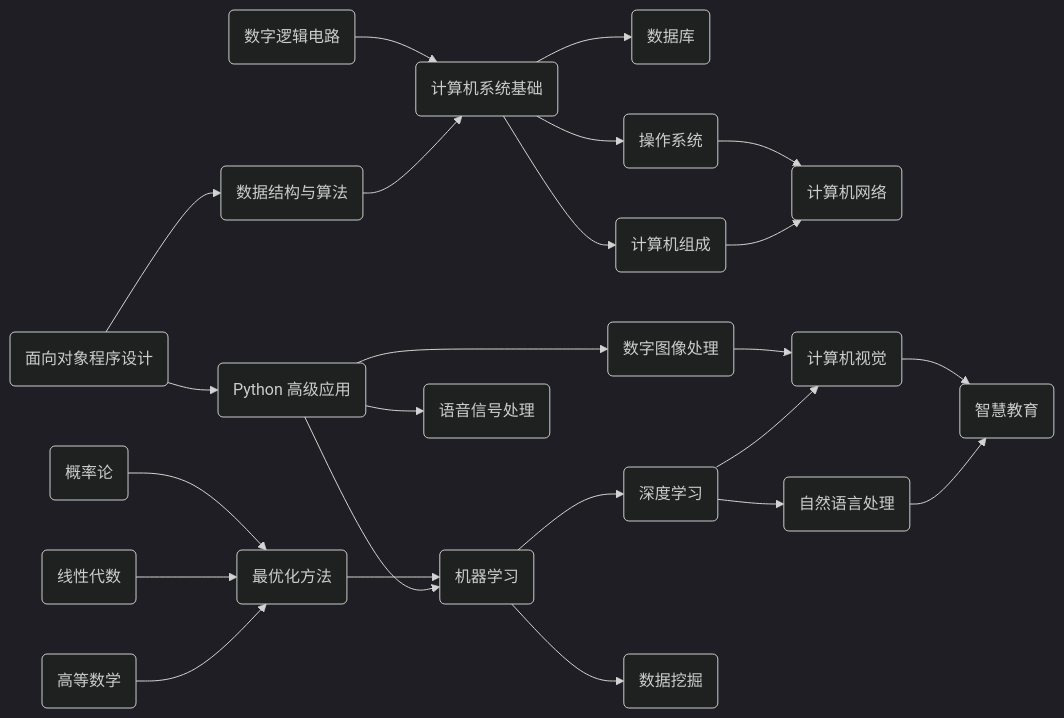
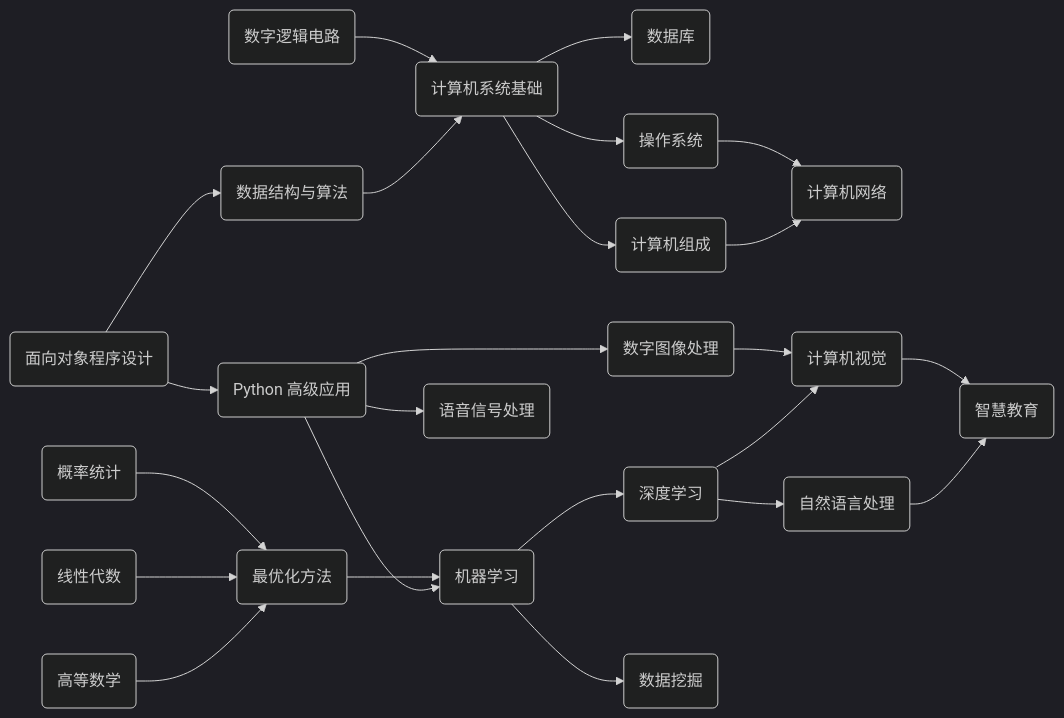
One commit to Explorer-Dong/explorer-dong.github.io changed the first of 2 diagrams in README.md. Above: the diagram before and after it, drawn with Mermaid (dark theme). The commit also changed 2 other files, not shown here.

Commit message:
upd: probability

````diff
--- a/README.md
+++ b/README.md
@@ -16,37 +16,37 @@
 ```mermaid
 flowchart LR
     面向对象程序设计(面向对象程序设计)
     数据结构与算法(数据结构与算法)
     数字逻辑电路(数字逻辑电路)
     计算机系统基础(计算机系统基础)
     数据库(数据库)
     操作系统(操作系统)
     计算机组成(计算机组成)
     计算机网络(计算机网络)
 
     面向对象程序设计 --> 数据结构与算法 --> 计算机系统基础
     数字逻辑电路 --> 计算机系统基础 --> 数据库 & 操作系统 & 计算机组成
     计算机组成 & 操作系统 --> 计算机网络
 
     Python高级应用(Python 高级应用)
     数字图像处理(数字图像处理)
     机器学习(机器学习)
     深度学习(深度学习)
     数据挖掘(数据挖掘)
     自然语言处理(自然语言处理)
     计算机视觉(计算机视觉)
     语音信号处理(语音信号处理)
     智慧教育(智慧教育)
 
     Python高级应用 --> 数字图像处理 & 语音信号处理 & 机器学习
     机器学习 --> 数据挖掘 & 深度学习
     深度学习 --> 自然语言处理 & 计算机视觉 --> 智慧教育
     数字图像处理 --> 计算机视觉
 
     高等数学(高等数学)
     线性代数(线性代数)
-    概率论(概率论)
+    概率统计(概率统计)
     最优化方法(最优化方法)
-    高等数学 & 线性代数 & 概率论 --> 最优化方法 --> 机器学习
+    高等数学 & 线性代数 & 概率统计 --> 最优化方法 --> 机器学习
     面向对象程序设计 --> Python高级应用
 ```
````
